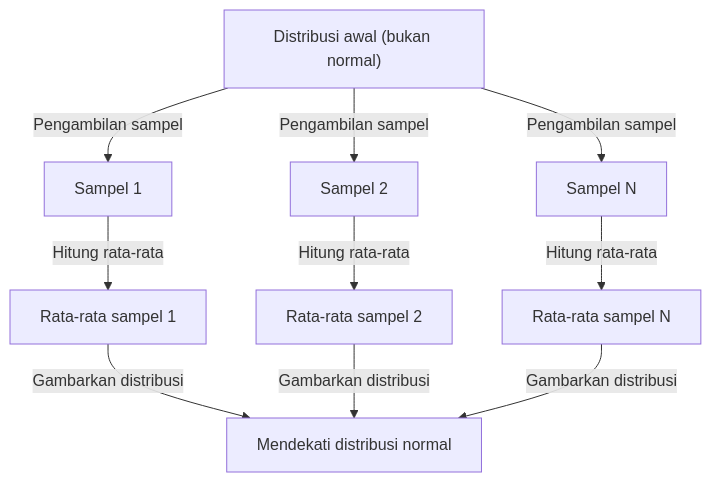
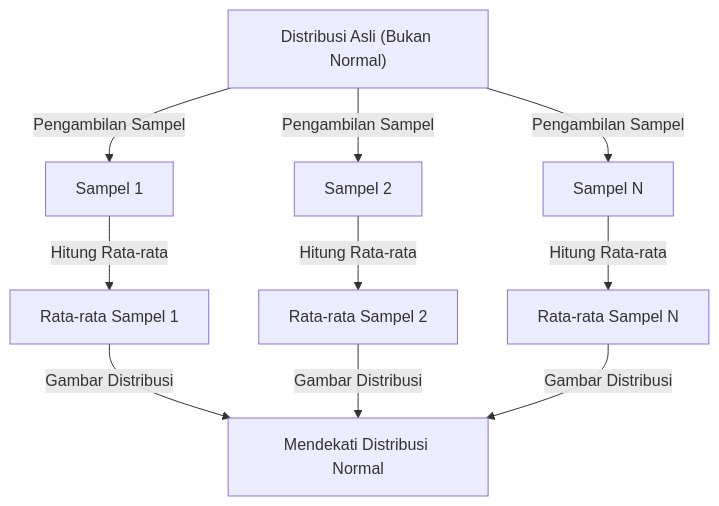
Before and after one commit to kenjinote/blog: the diagram in content/post/central-limit-theorem/index.id.md, drawn with Mermaid. The commit also changed other lines of this file and 97 other files, not shown here.

````diff
--- a/content/post/central-limit-theorem/index.id.md
+++ b/content/post/central-limit-theorem/index.id.md
@@ -47,12 +43,12 @@
 ```mermaid
 graph TD
-    A["Distribusi awal (bukan normal)"] -->|"Pengambilan sampel"| B["Sampel 1"]
-    A -->|"Pengambilan sampel"| C["Sampel 2"]
-    A -->|"Pengambilan sampel"| D["Sampel N"]
-    B -->|"Hitung rata-rata"| E["Rata-rata sampel 1"]
-    C -->|"Hitung rata-rata"| F["Rata-rata sampel 2"]
-    D -->|"Hitung rata-rata"| G["Rata-rata sampel N"]
-    E -->|"Gambarkan distribusi"| H["Mendekati distribusi normal"]
-    F -->|"Gambarkan distribusi"| H
-    G -->|"Gambarkan distribusi"| H
+    A["Distribusi Asli (Bukan Normal)"] -->|"Pengambilan Sampel"| B["Sampel 1"]
+    A -->|"Pengambilan Sampel"| C["Sampel 2"]
+    A -->|"Pengambilan Sampel"| D["Sampel N"]
+    B -->|"Hitung Rata-rata"| E["Rata-rata Sampel 1"]
+    C -->|"Hitung Rata-rata"| F["Rata-rata Sampel 2"]
+    D -->|"Hitung Rata-rata"| G["Rata-rata Sampel N"]
+    E -->|"Gambar Distribusi"| H["Mendekati Distribusi Normal"]
+    F -->|"Gambar Distribusi"| H
+    G -->|"Gambar Distribusi"| H
 ```
````
